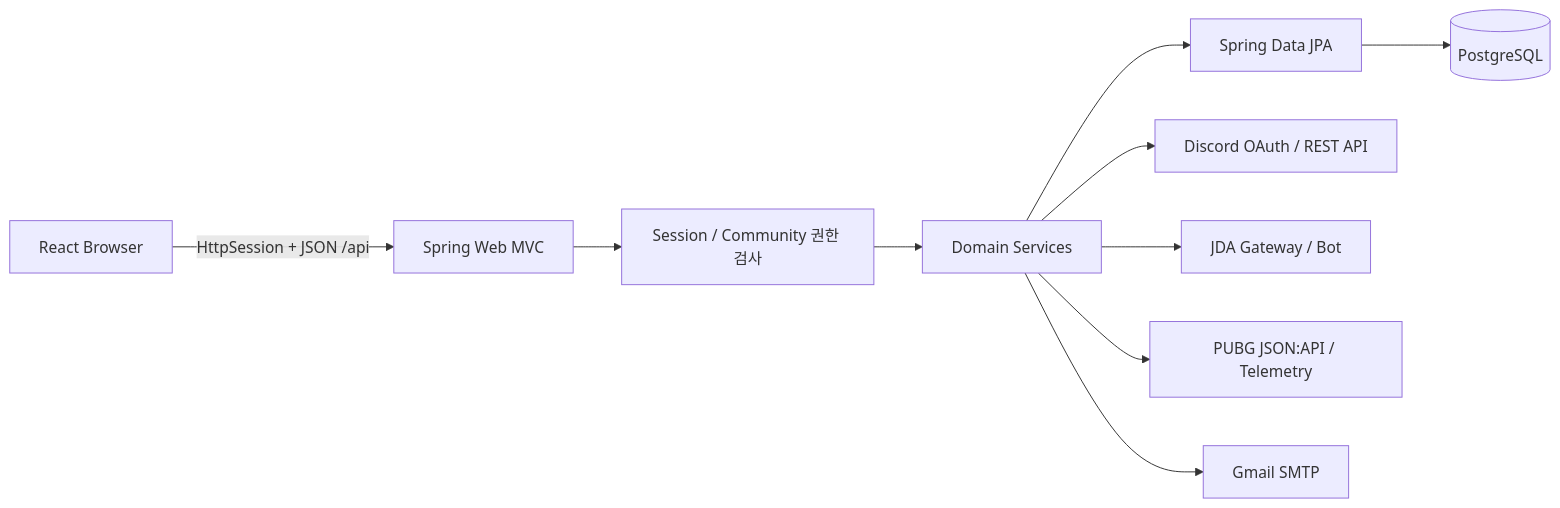
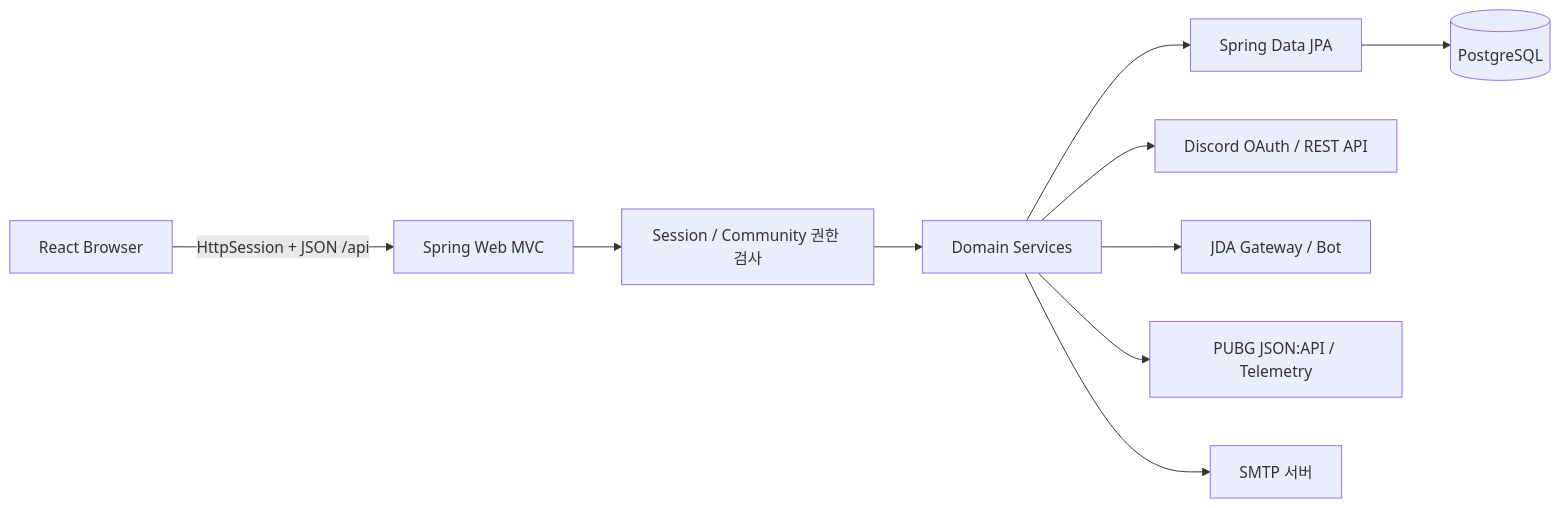
The first of 6 diagrams in README.md (heun0180/guildup), drawn with Mermaid before and after one commit. The commit also changed other lines of this file and 98 other files, not shown here.

````diff
--- a/README.md
+++ b/README.md
@@ -77,12 +77,12 @@
 ```mermaid
 flowchart LR
     Browser[React Browser] -->|HttpSession + JSON /api| MVC[Spring Web MVC]
     MVC --> Access[Session / Community 권한 검사]
     Access --> Services[Domain Services]
     Services --> JPA[Spring Data JPA]
     JPA --> PostgreSQL[(PostgreSQL)]
     Services --> DiscordREST[Discord OAuth / REST API]
     Services --> JDA[JDA Gateway / Bot]
     Services --> PUBG[PUBG JSON:API / Telemetry]
-    Services --> SMTP[Gmail SMTP]
+    Services --> SMTP[SMTP 서버]
 ```
````
